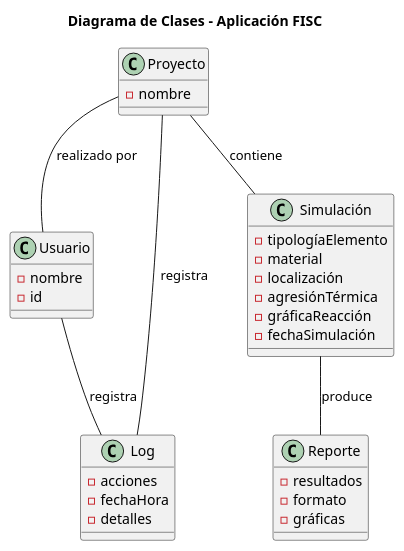
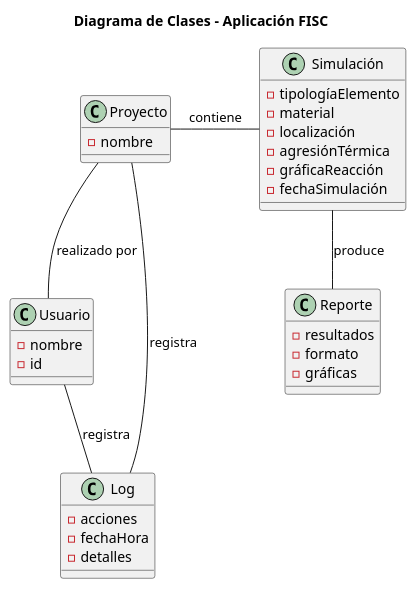
One commit to mmasias/23-24-IdSw1-SDR changed the diagram in modelosUML/diagramaClases.puml. Above: the diagram before and after it, drawn with PlantUML. The commit also changed 1 other file, not shown here.

Commit message:
cambios diagramaClases

```diff
--- a/modelosUML/diagramaClases.puml
+++ b/modelosUML/diagramaClases.puml
@@ -1,42 +1,42 @@
 @startuml
 
 title Diagrama de Clases - Aplicación FISC
 
 class Usuario {
     - nombre
     - id
 }
 
 class Proyecto {
     - nombre
 }
 
 class Simulación {
     - tipologíaElemento
     - material
     - localización
     - agresiónTérmica
     - gráficaReacción
     - fechaSimulación
 }
 
 class Log {
     - acciones
     - fechaHora
     - detalles
 }
 
 class Reporte {
     - resultados
     - formato
     - gráficas
 }
 
 
-Proyecto  -- Simulación : "contiene"
+Proyecto  - Simulación : "contiene"
 Simulación -- Reporte : "produce"
 Proyecto -- Usuario : "realizado por"
 Usuario -- Log : "registra"
 Proyecto -- Log : "registra"
 
 @enduml
```
